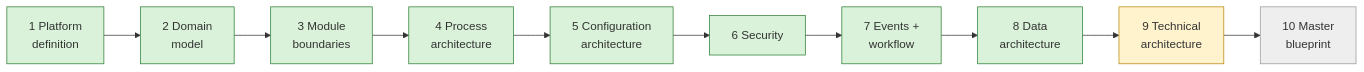
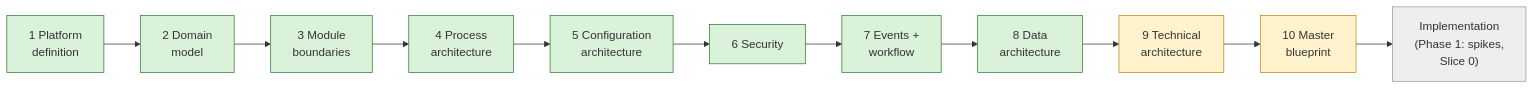
Before and after one commit to adityayadav30561-rgb/MASTER-ERP: the diagram in docs/00-context/CURRENT-STATE.md, drawn with Mermaid. The commit also changed other lines of this file and 33 other files, not shown here.

First line of the commit message:
Step 10: Master blueprint, roadmap/MVP, API, SaaS/billing/AI, UX, risks and tech debt

````diff
--- a/docs/00-context/CURRENT-STATE.md
+++ b/docs/00-context/CURRENT-STATE.md
@@ -11,8 +11,9 @@
 ```mermaid
 flowchart LR
     S1["1 Platform<br/>definition"]:::done --> S2["2 Domain<br/>model"]:::done --> S3["3 Module<br/>boundaries"]:::done --> S4["4 Process<br/>architecture"]:::done --> S5["5 Configuration<br/>architecture"]:::done
-    S5 --> S6["6 Security"]:::done --> S7["7 Events +<br/>workflow"]:::done --> S8["8 Data<br/>architecture"]:::done --> S9["9 Technical<br/>architecture"]:::review --> S10["10 Master<br/>blueprint"]:::todo
+    S5 --> S6["6 Security"]:::done --> S7["7 Events +<br/>workflow"]:::done --> S8["8 Data<br/>architecture"]:::done --> S9["9 Technical<br/>architecture"]:::review --> S10["10 Master<br/>blueprint"]:::review
+    S10 --> IMP["Implementation<br/>(Phase 1: spikes,<br/>Slice 0)"]:::todo
     classDef done fill:#d9f2d9,stroke:#2e7d32
     classDef review fill:#fff3cd,stroke:#b8860b
     classDef todo fill:#eeeeee,stroke:#999999
 ```
````
